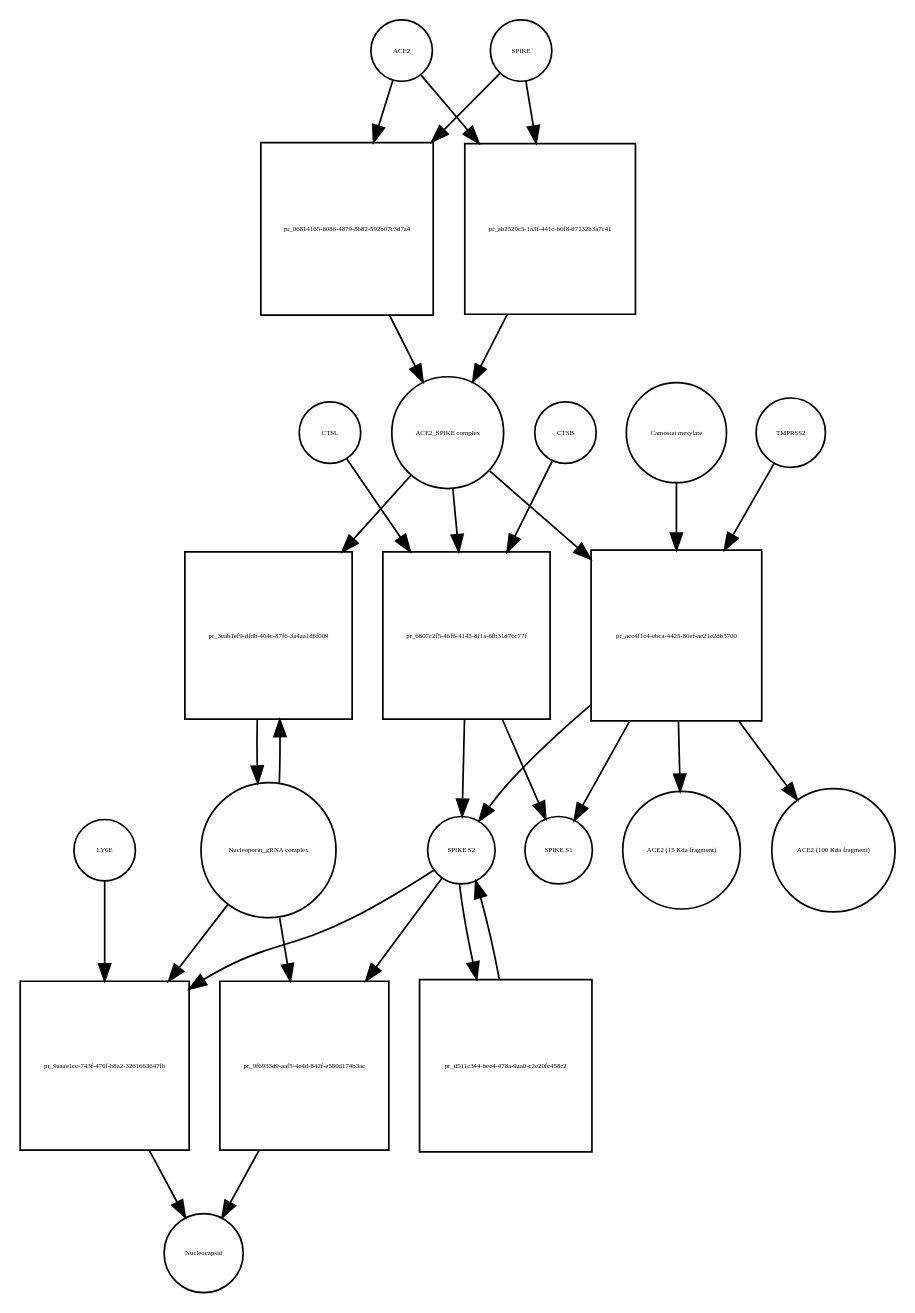
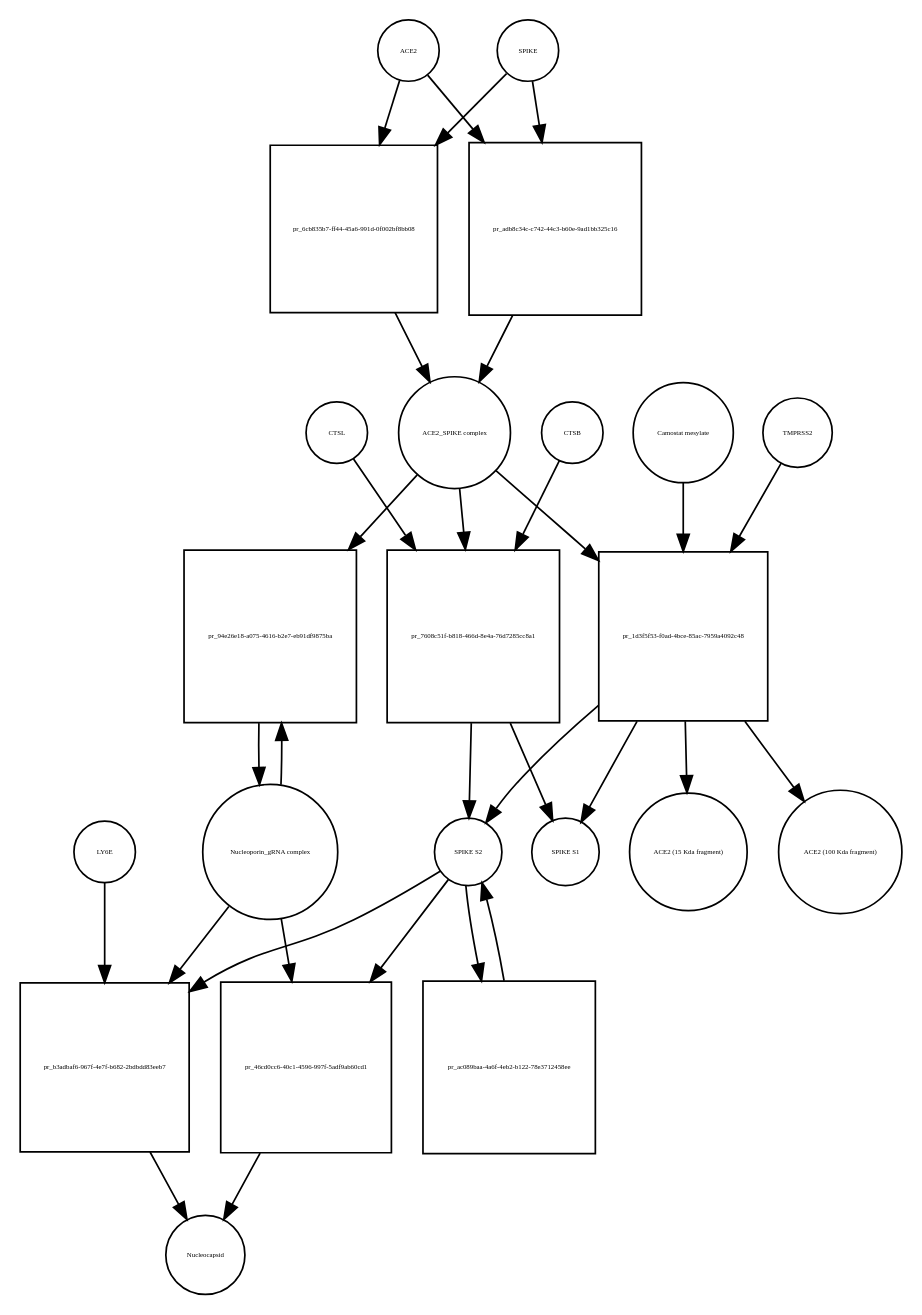
The diagram in Virus_replication_cycle_V02.xml_bipartite.dot (cannin/covid19-sbgn), drawn with Graphviz before and after one commit. The commit also changed 529 other files, not shown here.

```diff
--- a/Virus_replication_cycle_V02.xml_bipartite.dot
+++ b/Virus_replication_cycle_V02.xml_bipartite.dot
@@ -1,54 +1,54 @@
 strict digraph  {
 ACE2 [annotation="", bipartite=0, cls=macromolecule, fontsize=4, label=ACE2, shape=circle];
-"pr_06814165-6086-4879-8b82-592b07c3d7a4" [annotation="", bipartite=1, cls=process, fontsize=4, label="pr_06814165-6086-4879-8b82-592b07c3d7a4", shape=square];
+"pr_6cb835b7-ff44-45a6-991d-0f002bf8bb08" [annotation="", bipartite=1, cls=process, fontsize=4, label="pr_6cb835b7-ff44-45a6-991d-0f002bf8bb08", shape=square];
 "ACE2_SPIKE complex" [annotation="", bipartite=0, cls=complex, fontsize=4, label="ACE2_SPIKE complex", shape=circle];
 SPIKE [annotation="", bipartite=0, cls="macromolecule multimer", fontsize=4, label=SPIKE, shape=circle];
 "Nucleoporin_gRNA complex " [annotation="", bipartite=0, cls=complex, fontsize=4, label="Nucleoporin_gRNA complex ", shape=circle];
-"pr_3eab1ef9-dfdb-464c-87f6-3a4aa1d6f009" [annotation="", bipartite=1, cls=process, fontsize=4, label="pr_3eab1ef9-dfdb-464c-87f6-3a4aa1d6f009", shape=square];
-"pr_6807c2f5-46f6-4145-8f1a-6fb31d76c77f" [annotation="", bipartite=1, cls=process, fontsize=4, label="pr_6807c2f5-46f6-4145-8f1a-6fb31d76c77f", shape=square];
+"pr_94e26e18-a075-4616-b2e7-eb91df9875ba" [annotation="", bipartite=1, cls=process, fontsize=4, label="pr_94e26e18-a075-4616-b2e7-eb91df9875ba", shape=square];
+"pr_7608c51f-b818-466d-8e4a-76d7285cc8a1" [annotation="", bipartite=1, cls=process, fontsize=4, label="pr_7608c51f-b818-466d-8e4a-76d7285cc8a1", shape=square];
 "SPIKE S2" [annotation="", bipartite=0, cls=macromolecule, fontsize=4, label="SPIKE S2", shape=circle];
 CTSB [annotation="", bipartite=0, cls=macromolecule, fontsize=4, label=CTSB, shape=circle];
 CTSL [annotation="", bipartite=0, cls=macromolecule, fontsize=4, label=CTSL, shape=circle];
 "SPIKE S1" [annotation="", bipartite=0, cls=macromolecule, fontsize=4, label="SPIKE S1", shape=circle];
-"pr_acc4f1c4-ebca-4425-86ef-ae21e2db5700" [annotation="", bipartite=1, cls=process, fontsize=4, label="pr_acc4f1c4-ebca-4425-86ef-ae21e2db5700", shape=square];
+"pr_1d3f5f53-f0ad-4bce-85ac-7959a4092c48" [annotation="", bipartite=1, cls=process, fontsize=4, label="pr_1d3f5f53-f0ad-4bce-85ac-7959a4092c48", shape=square];
 TMPRSS2 [annotation="", bipartite=0, cls=macromolecule, fontsize=4, label=TMPRSS2, shape=circle];
 "Camostat mesylate" [annotation="urn_miriam_pubchem.compound_2536", bipartite=0, cls="simple chemical", fontsize=4, label="Camostat mesylate", shape=circle];
 "ACE2 (15 Kda fragment)" [annotation="", bipartite=0, cls=macromolecule, fontsize=4, label="ACE2 (15 Kda fragment)", shape=circle];
 "ACE2 (100 Kda fragment)" [annotation="", bipartite=0, cls=macromolecule, fontsize=4, label="ACE2 (100 Kda fragment)", shape=circle];
-"pr_ab2529c5-1a3f-441c-b6f8-d7132b3a7c41" [annotation="", bipartite=1, cls=process, fontsize=4, label="pr_ab2529c5-1a3f-441c-b6f8-d7132b3a7c41", shape=square];
-"pr_9aaae1cc-743f-476f-b8a2-3261663647fb" [annotation="", bipartite=1, cls=process, fontsize=4, label="pr_9aaae1cc-743f-476f-b8a2-3261663647fb", shape=square];
+"pr_adb8c34c-c742-44c3-b60e-9ad1bb325c16" [annotation="", bipartite=1, cls=process, fontsize=4, label="pr_adb8c34c-c742-44c3-b60e-9ad1bb325c16", shape=square];
+"pr_b3adbaf6-967f-4e7f-b682-2bdbdd83eeb7" [annotation="", bipartite=1, cls=process, fontsize=4, label="pr_b3adbaf6-967f-4e7f-b682-2bdbdd83eeb7", shape=square];
 Nucleocapsid [annotation="", bipartite=0, cls=complex, fontsize=4, label=Nucleocapsid, shape=circle];
 LY6E [annotation="", bipartite=0, cls=macromolecule, fontsize=4, label=LY6E, shape=circle];
-"pr_d511c344-bee4-478a-9aa0-c2e20fc458c2" [annotation="", bipartite=1, cls=process, fontsize=4, label="pr_d511c344-bee4-478a-9aa0-c2e20fc458c2", shape=square];
-"pr_9f6933d9-aaf5-4e4d-842f-e580d174b3ac" [annotation="", bipartite=1, cls=process, fontsize=4, label="pr_9f6933d9-aaf5-4e4d-842f-e580d174b3ac", shape=square];
-ACE2 -> "pr_06814165-6086-4879-8b82-592b07c3d7a4"  [annotation="", interaction_type=consumption];
-ACE2 -> "pr_ab2529c5-1a3f-441c-b6f8-d7132b3a7c41"  [annotation="", interaction_type=consumption];
-"pr_06814165-6086-4879-8b82-592b07c3d7a4" -> "ACE2_SPIKE complex"  [annotation="", interaction_type=production];
-"ACE2_SPIKE complex" -> "pr_3eab1ef9-dfdb-464c-87f6-3a4aa1d6f009"  [annotation="urn_miriam_pubmed_32142651|urn_miriam_pubmed_32094589", interaction_type=stimulation];
-"ACE2_SPIKE complex" -> "pr_6807c2f5-46f6-4145-8f1a-6fb31d76c77f"  [annotation="", interaction_type=consumption];
-"ACE2_SPIKE complex" -> "pr_acc4f1c4-ebca-4425-86ef-ae21e2db5700"  [annotation="", interaction_type=consumption];
-SPIKE -> "pr_06814165-6086-4879-8b82-592b07c3d7a4"  [annotation="", interaction_type=consumption];
-SPIKE -> "pr_ab2529c5-1a3f-441c-b6f8-d7132b3a7c41"  [annotation="", interaction_type=consumption];
-"Nucleoporin_gRNA complex " -> "pr_3eab1ef9-dfdb-464c-87f6-3a4aa1d6f009"  [annotation="", interaction_type=consumption];
-"Nucleoporin_gRNA complex " -> "pr_9aaae1cc-743f-476f-b8a2-3261663647fb"  [annotation="", interaction_type=consumption];
-"Nucleoporin_gRNA complex " -> "pr_9f6933d9-aaf5-4e4d-842f-e580d174b3ac"  [annotation="", interaction_type=consumption];
-"pr_3eab1ef9-dfdb-464c-87f6-3a4aa1d6f009" -> "Nucleoporin_gRNA complex "  [annotation="", interaction_type=production];
-"pr_6807c2f5-46f6-4145-8f1a-6fb31d76c77f" -> "SPIKE S2"  [annotation="", interaction_type=production];
-"pr_6807c2f5-46f6-4145-8f1a-6fb31d76c77f" -> "SPIKE S1"  [annotation="", interaction_type=production];
-"SPIKE S2" -> "pr_9aaae1cc-743f-476f-b8a2-3261663647fb"  [annotation="urn_miriam_doi_10.1101%2F2020.03.05.979260|urn_miriam_doi_10.1101%2F2020.04.02.021469", interaction_type=stimulation];
-"SPIKE S2" -> "pr_d511c344-bee4-478a-9aa0-c2e20fc458c2"  [annotation="", interaction_type=consumption];
-"SPIKE S2" -> "pr_9f6933d9-aaf5-4e4d-842f-e580d174b3ac"  [annotation="", interaction_type=stimulation];
-CTSB -> "pr_6807c2f5-46f6-4145-8f1a-6fb31d76c77f"  [annotation=urn_miriam_pubmed_32142651, interaction_type=catalysis];
-CTSL -> "pr_6807c2f5-46f6-4145-8f1a-6fb31d76c77f"  [annotation=urn_miriam_pubmed_32142651, interaction_type=catalysis];
-"pr_acc4f1c4-ebca-4425-86ef-ae21e2db5700" -> "SPIKE S2"  [annotation="", interaction_type=production];
-"pr_acc4f1c4-ebca-4425-86ef-ae21e2db5700" -> "SPIKE S1"  [annotation="", interaction_type=production];
-"pr_acc4f1c4-ebca-4425-86ef-ae21e2db5700" -> "ACE2 (15 Kda fragment)"  [annotation="", interaction_type=production];
-"pr_acc4f1c4-ebca-4425-86ef-ae21e2db5700" -> "ACE2 (100 Kda fragment)"  [annotation="", interaction_type=production];
-TMPRSS2 -> "pr_acc4f1c4-ebca-4425-86ef-ae21e2db5700"  [annotation="urn_miriam_pubmed_32142651|urn_miriam_pubmed_32094589|urn_miriam_pubmed_24227843", interaction_type=catalysis];
-"Camostat mesylate" -> "pr_acc4f1c4-ebca-4425-86ef-ae21e2db5700"  [annotation="urn_miriam_pubmed_32142651|urn_miriam_pubmed_32094589|urn_miriam_pubmed_24227843", interaction_type=inhibition];
-"pr_ab2529c5-1a3f-441c-b6f8-d7132b3a7c41" -> "ACE2_SPIKE complex"  [annotation="", interaction_type=production];
-"pr_9aaae1cc-743f-476f-b8a2-3261663647fb" -> Nucleocapsid  [annotation="", interaction_type=production];
-LY6E -> "pr_9aaae1cc-743f-476f-b8a2-3261663647fb"  [annotation="urn_miriam_doi_10.1101%2F2020.03.05.979260|urn_miriam_doi_10.1101%2F2020.04.02.021469", interaction_type=inhibition];
-"pr_d511c344-bee4-478a-9aa0-c2e20fc458c2" -> "SPIKE S2"  [annotation="", interaction_type=production];
-"pr_9f6933d9-aaf5-4e4d-842f-e580d174b3ac" -> Nucleocapsid  [annotation="", interaction_type=production];
+"pr_ac089baa-4a6f-4eb2-b122-78e3712458ee" [annotation="", bipartite=1, cls=process, fontsize=4, label="pr_ac089baa-4a6f-4eb2-b122-78e3712458ee", shape=square];
+"pr_46cd0cc6-40c1-4596-997f-5adf9ab60cd1" [annotation="", bipartite=1, cls=process, fontsize=4, label="pr_46cd0cc6-40c1-4596-997f-5adf9ab60cd1", shape=square];
+ACE2 -> "pr_6cb835b7-ff44-45a6-991d-0f002bf8bb08"  [annotation="", interaction_type=consumption];
+ACE2 -> "pr_adb8c34c-c742-44c3-b60e-9ad1bb325c16"  [annotation="", interaction_type=consumption];
+"pr_6cb835b7-ff44-45a6-991d-0f002bf8bb08" -> "ACE2_SPIKE complex"  [annotation="", interaction_type=production];
+"ACE2_SPIKE complex" -> "pr_94e26e18-a075-4616-b2e7-eb91df9875ba"  [annotation="urn_miriam_pubmed_32142651|urn_miriam_pubmed_32094589", interaction_type=stimulation];
+"ACE2_SPIKE complex" -> "pr_7608c51f-b818-466d-8e4a-76d7285cc8a1"  [annotation="", interaction_type=consumption];
+"ACE2_SPIKE complex" -> "pr_1d3f5f53-f0ad-4bce-85ac-7959a4092c48"  [annotation="", interaction_type=consumption];
+SPIKE -> "pr_6cb835b7-ff44-45a6-991d-0f002bf8bb08"  [annotation="", interaction_type=consumption];
+SPIKE -> "pr_adb8c34c-c742-44c3-b60e-9ad1bb325c16"  [annotation="", interaction_type=consumption];
+"Nucleoporin_gRNA complex " -> "pr_94e26e18-a075-4616-b2e7-eb91df9875ba"  [annotation="", interaction_type=consumption];
+"Nucleoporin_gRNA complex " -> "pr_b3adbaf6-967f-4e7f-b682-2bdbdd83eeb7"  [annotation="", interaction_type=consumption];
+"Nucleoporin_gRNA complex " -> "pr_46cd0cc6-40c1-4596-997f-5adf9ab60cd1"  [annotation="", interaction_type=consumption];
+"pr_94e26e18-a075-4616-b2e7-eb91df9875ba" -> "Nucleoporin_gRNA complex "  [annotation="", interaction_type=production];
+"pr_7608c51f-b818-466d-8e4a-76d7285cc8a1" -> "SPIKE S2"  [annotation="", interaction_type=production];
+"pr_7608c51f-b818-466d-8e4a-76d7285cc8a1" -> "SPIKE S1"  [annotation="", interaction_type=production];
+"SPIKE S2" -> "pr_b3adbaf6-967f-4e7f-b682-2bdbdd83eeb7"  [annotation="urn_miriam_doi_10.1101%2F2020.03.05.979260|urn_miriam_doi_10.1101%2F2020.04.02.021469", interaction_type=stimulation];
+"SPIKE S2" -> "pr_ac089baa-4a6f-4eb2-b122-78e3712458ee"  [annotation="", interaction_type=consumption];
+"SPIKE S2" -> "pr_46cd0cc6-40c1-4596-997f-5adf9ab60cd1"  [annotation="", interaction_type=stimulation];
+CTSB -> "pr_7608c51f-b818-466d-8e4a-76d7285cc8a1"  [annotation=urn_miriam_pubmed_32142651, interaction_type=catalysis];
+CTSL -> "pr_7608c51f-b818-466d-8e4a-76d7285cc8a1"  [annotation=urn_miriam_pubmed_32142651, interaction_type=catalysis];
+"pr_1d3f5f53-f0ad-4bce-85ac-7959a4092c48" -> "SPIKE S2"  [annotation="", interaction_type=production];
+"pr_1d3f5f53-f0ad-4bce-85ac-7959a4092c48" -> "SPIKE S1"  [annotation="", interaction_type=production];
+"pr_1d3f5f53-f0ad-4bce-85ac-7959a4092c48" -> "ACE2 (15 Kda fragment)"  [annotation="", interaction_type=production];
+"pr_1d3f5f53-f0ad-4bce-85ac-7959a4092c48" -> "ACE2 (100 Kda fragment)"  [annotation="", interaction_type=production];
+TMPRSS2 -> "pr_1d3f5f53-f0ad-4bce-85ac-7959a4092c48"  [annotation="urn_miriam_pubmed_32142651|urn_miriam_pubmed_32094589|urn_miriam_pubmed_24227843", interaction_type=catalysis];
+"Camostat mesylate" -> "pr_1d3f5f53-f0ad-4bce-85ac-7959a4092c48"  [annotation="urn_miriam_pubmed_32142651|urn_miriam_pubmed_32094589|urn_miriam_pubmed_24227843", interaction_type=inhibition];
+"pr_adb8c34c-c742-44c3-b60e-9ad1bb325c16" -> "ACE2_SPIKE complex"  [annotation="", interaction_type=production];
+"pr_b3adbaf6-967f-4e7f-b682-2bdbdd83eeb7" -> Nucleocapsid  [annotation="", interaction_type=production];
+LY6E -> "pr_b3adbaf6-967f-4e7f-b682-2bdbdd83eeb7"  [annotation="urn_miriam_doi_10.1101%2F2020.03.05.979260|urn_miriam_doi_10.1101%2F2020.04.02.021469", interaction_type=inhibition];
+"pr_ac089baa-4a6f-4eb2-b122-78e3712458ee" -> "SPIKE S2"  [annotation="", interaction_type=production];
+"pr_46cd0cc6-40c1-4596-997f-5adf9ab60cd1" -> Nucleocapsid  [annotation="", interaction_type=production];
 }
```
